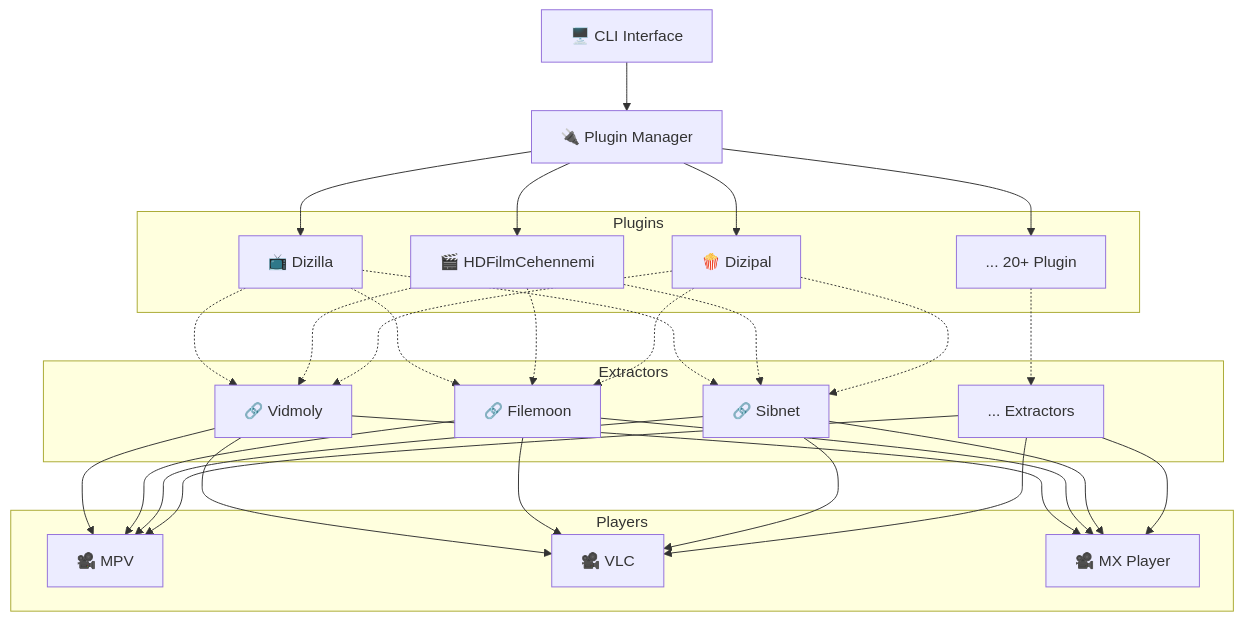
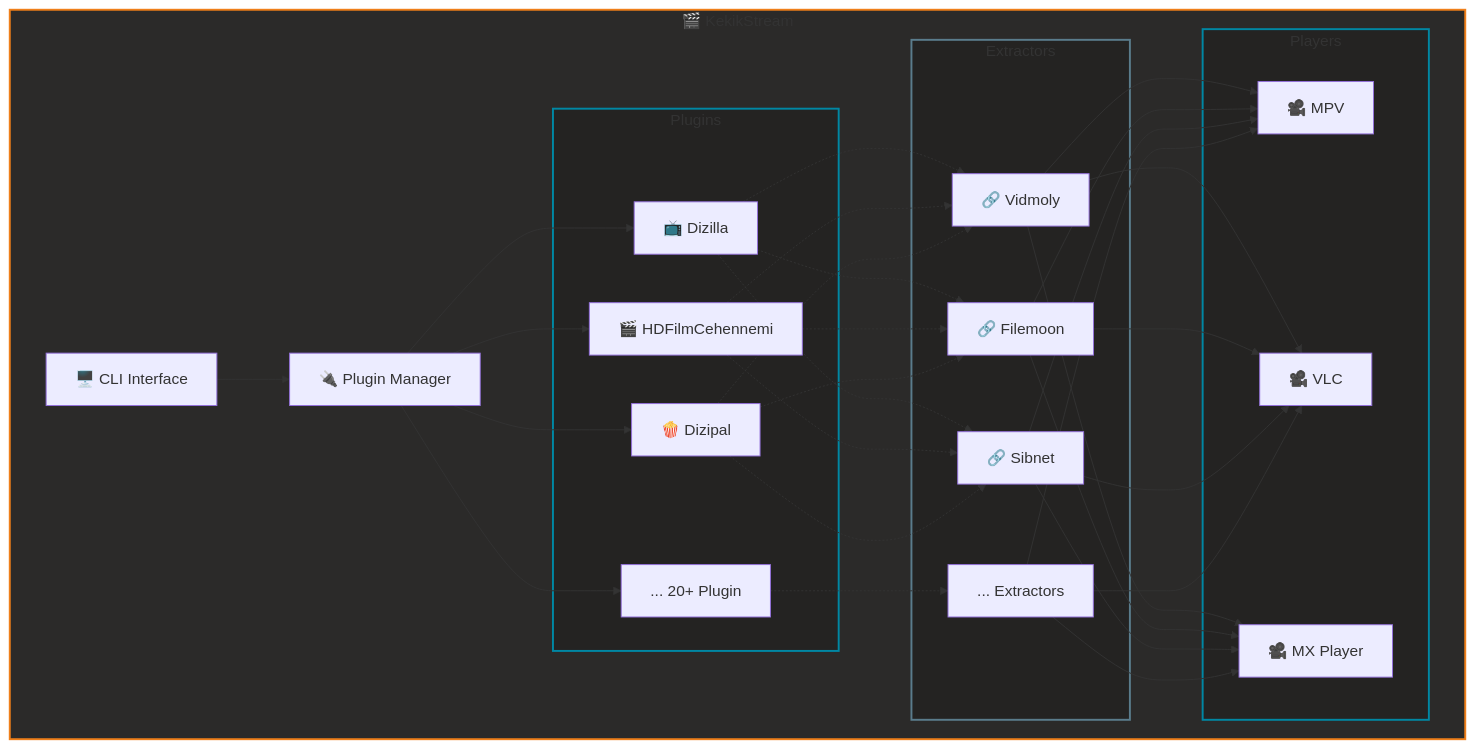
The diagram in README.md (keyiflerolsun/KekikStream), drawn with Mermaid before and after one commit.

````diff
--- a/README.md
+++ b/README.md
@@ -114,61 +114,68 @@
 ```mermaid
 graph TB
-    CLI[🖥️ CLI Interface]
-    Manager[🔌 Plugin Manager]
-    
-    subgraph Plugins
-        P1[📺 Dizilla]
-        P2[🎬 HDFilmCehennemi]
-        P3[🍿 Dizipal]
-        PN[... 20+ Plugin]
+    subgraph KekikStream[🎬 KekikStream]
+        CLI[🖥️ CLI Interface]
+        Manager[🔌 Plugin Manager]
+
+        subgraph Plugins
+            P1[📺 Dizilla]
+            P2[🎬 HDFilmCehennemi]
+            P3[🍿 Dizipal]
+            PN[... 20+ Plugin]
+        end
+
+        subgraph Extractors
+            E1[🔗 Vidmoly]
+            E2[🔗 Filemoon]
+            E3[🔗 Sibnet]
+            EN[... Extractors]
+        end
+
+        subgraph Players
+            MPV[🎥 MPV]
+            VLC[🎥 VLC]
+            MX[🎥 MX Player]
+        end
     end
-    
-    subgraph Extractors
-        E1[🔗 Vidmoly]
-        E2[🔗 Filemoon]
-        E3[🔗 Sibnet]
-        EN[... Extractors]
-    end
-    
-    subgraph Players
-        MPV[🎥 MPV]
-        VLC[🎥 VLC]
-        MX[🎥 MX Player]
-    end
-    
+
     CLI --> Manager
     Manager --> P1
     Manager --> P2
     Manager --> P3
     Manager --> PN
-    
+
     %% Her plugin otomatik olarak ihtiyaç duyduğu extractor'ı kullanır
     P1 -.-> E1
     P1 -.-> E2
     P1 -.-> E3
-    
+
     P2 -.-> E1
     P2 -.-> E2
     P2 -.-> E3
-    
+
     P3 -.-> E1
     P3 -.-> E2
     P3 -.-> E3
-    
+
     PN -.-> EN
-    
+
     E1 --> VLC
     E2 --> VLC
     E3 --> VLC
     EN --> VLC
-    
+
     E1 --> MPV
     E2 --> MPV
     E3 --> MPV
     EN --> MPV
-    
+
     E1 --> MX
     E2 --> MX
     E3 --> MX
     EN --> MX
+
+    style KekikStream fill:#2b2a29,stroke:#ef7f1a,stroke-width:2px
+    style Plugins fill:#242322,stroke:#0087a3,stroke-width:2px
+    style Extractors fill:#242322,stroke:#5a7c8c,stroke-width:2px
+    style Players fill:#242322,stroke:#0087a3,stroke-width:2px
 ```
````
